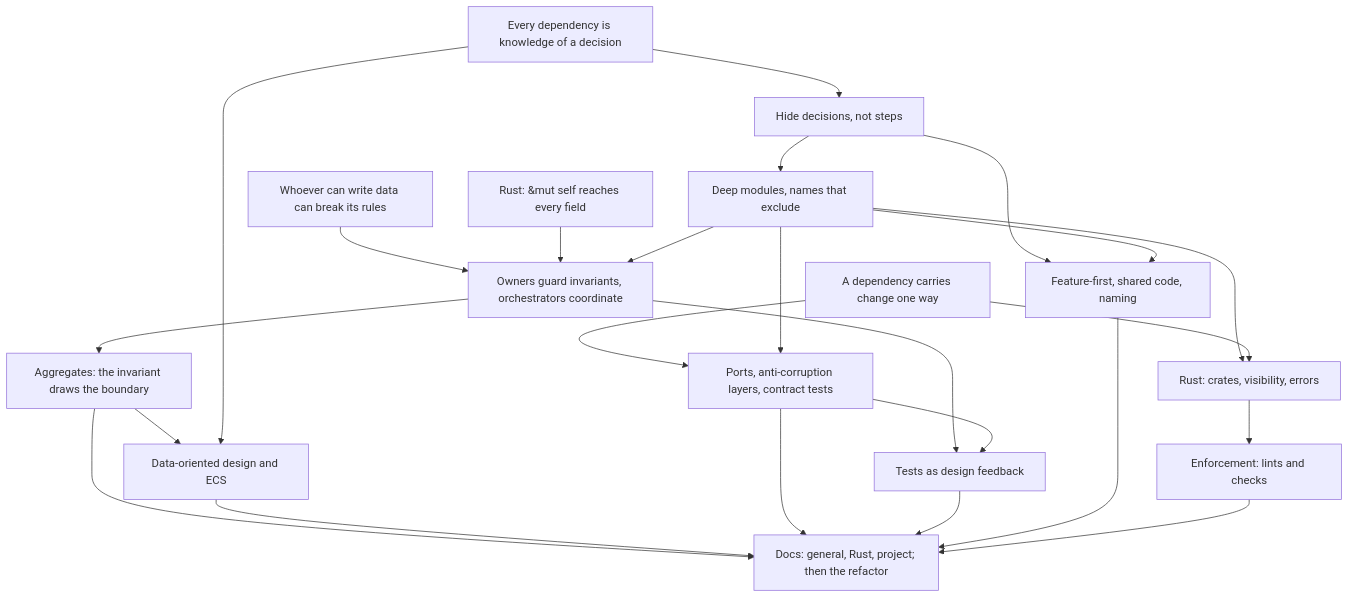
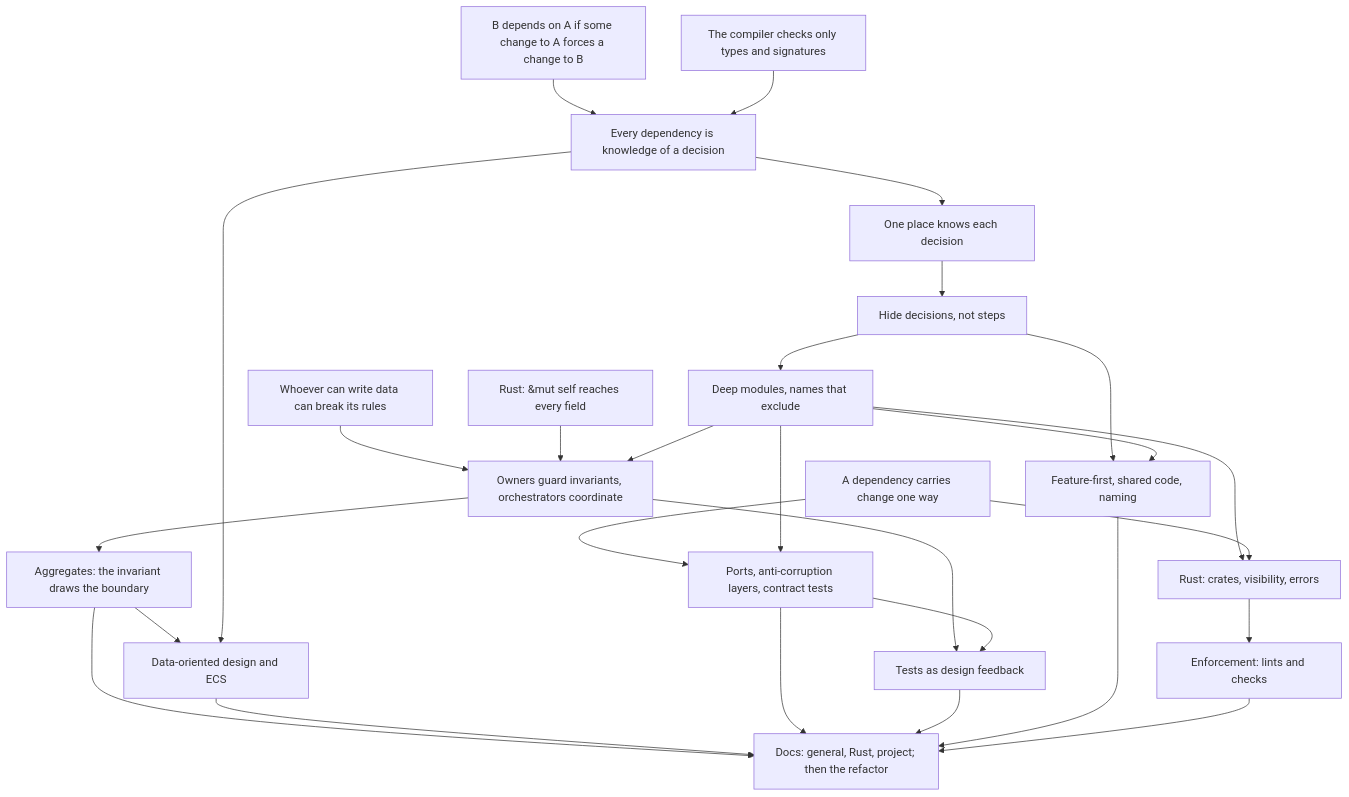
One commit to EMachad0/CardGameEngine changed the diagram in docs/course/architecture/COURSE.md. Above: the diagram before and after it, drawn with Mermaid. The commit also changed other lines of this file and 4 other files, not shown here.

Commit message:
Close architecture session 01: coupling as shared knowledge, one place per decision; PRs as drafts; research report; session log; prepare 01a log

````diff
--- a/docs/course/architecture/COURSE.md
+++ b/docs/course/architecture/COURSE.md
@@ -121,43 +172,49 @@
 ```mermaid
 graph TD
+  U1["B depends on A if some change to A forces a change to B"]
+  U2["The compiler checks only types and signatures"]
   R1["Every dependency is knowledge of a decision"]
+  OP["One place knows each decision"]
   R2["Whoever can write data can break its rules"]
   R3["A dependency carries change one way"]
   R4["Rust: &mut self reaches every field"]
 
   H["Hide decisions, not steps"]
   D["Deep modules, names that exclude"]
   O["Owners guard invariants, orchestrators coordinate"]
   A["Aggregates: the invariant draws the boundary"]
   DOD["Data-oriented design and ECS"]
   P["Ports, anti-corruption layers, contract tests"]
   T["Tests as design feedback"]
   F["Feature-first, shared code, naming"]
   RS["Rust: crates, visibility, errors"]
   E["Enforcement: lints and checks"]
   DOCS["Docs: general, Rust, project; then the refactor"]
 
-  R1-->H
+  U1-->R1
+  U2-->R1
+  R1-->OP
+  OP-->H
   H-->D
   R2-->O
   R4-->O
   D-->O
   O-->A
   A-->DOD
   R1-->DOD
   R3-->P
   D-->P
   O-->T
   P-->T
   H-->F
   D-->F
   D-->RS
   R3-->RS
   RS-->E
   A-->DOCS
   DOD-->DOCS
   P-->DOCS
   T-->DOCS
   F-->DOCS
   E-->DOCS
 ```
````
